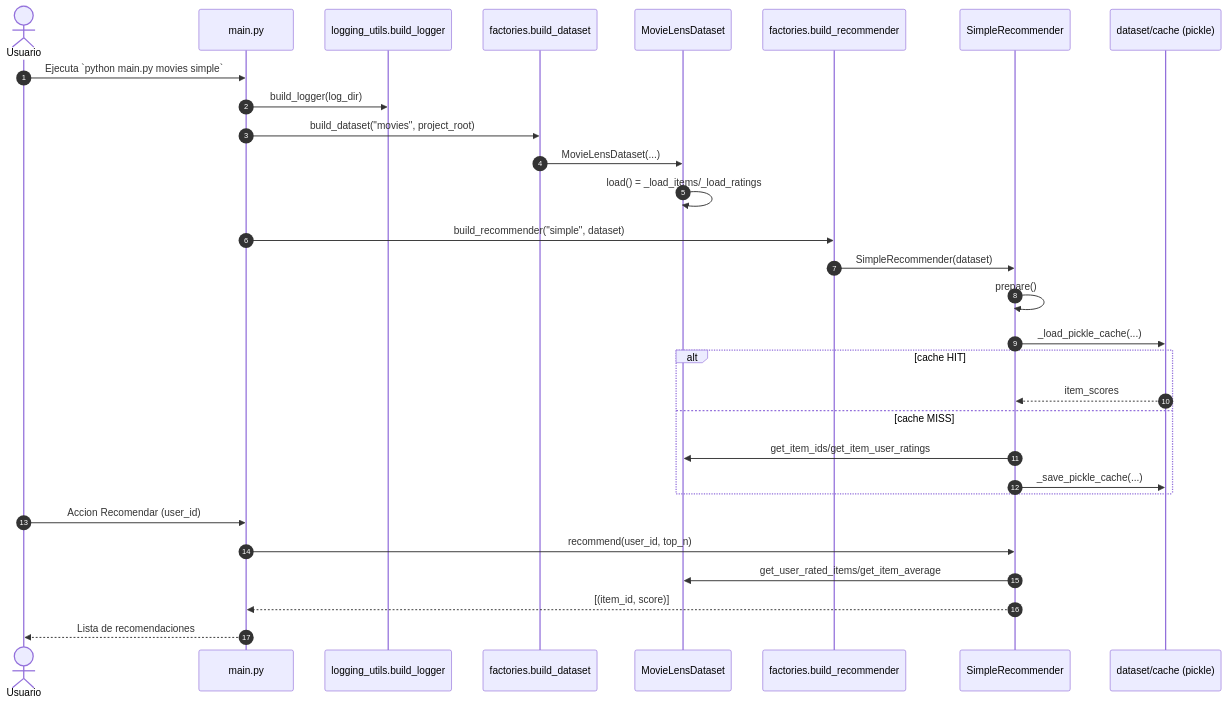
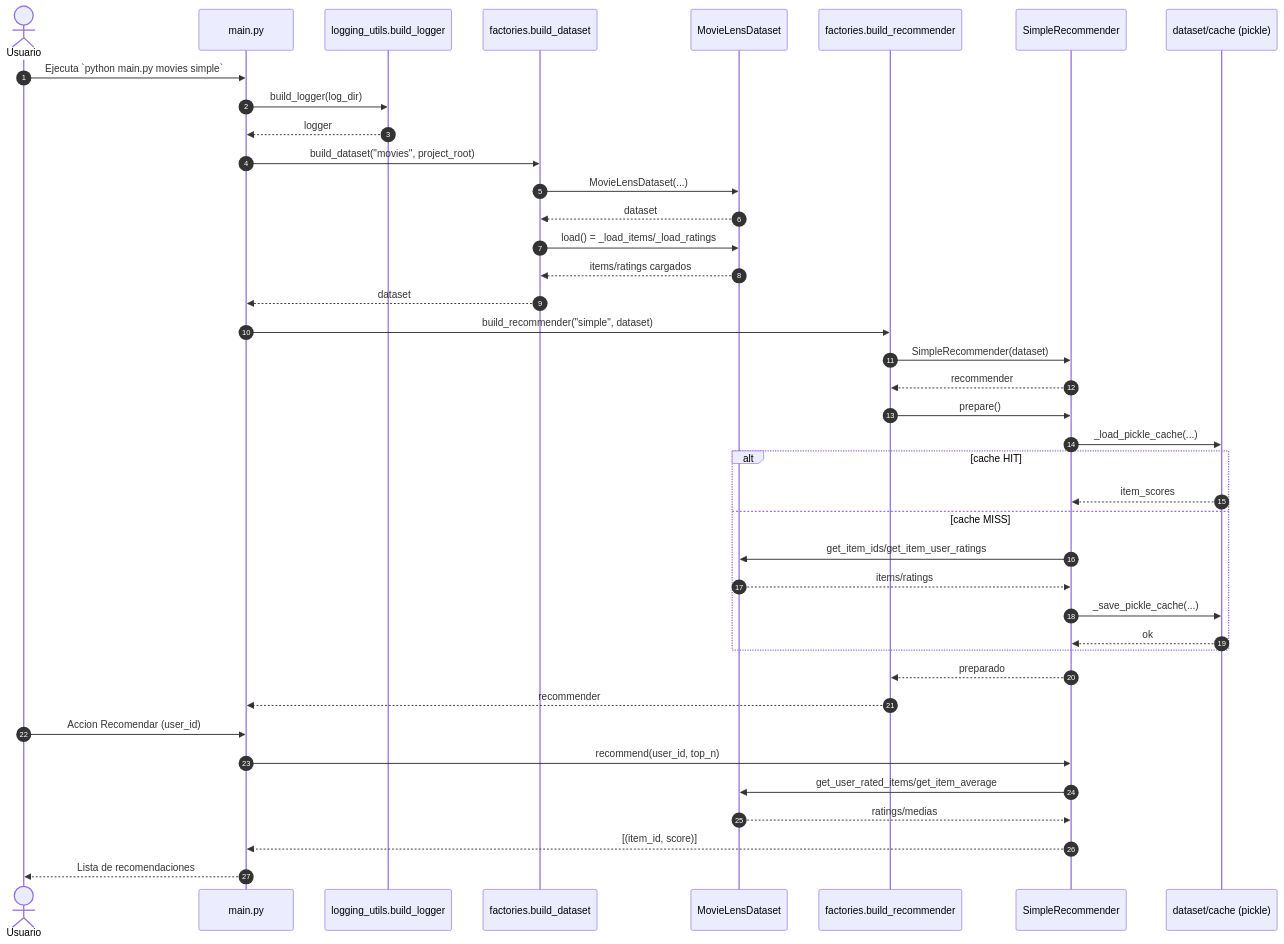
The fifth of 7 diagrams in README.md (Braisfabrega/modular-recommender), drawn with Mermaid before and after one commit. The commit also changed other lines of this file, not shown here.

Commit message:
fix: diagrama de secuancia 1

````diff
--- a/README.md
+++ b/README.md
@@ -269,33 +299,43 @@
 ```mermaid
 sequenceDiagram
   autonumber
   actor Usuario
   participant Main as main.py
   participant Logger as logging_utils.build_logger
   participant Factory as factories.build_dataset
   participant Dataset as MovieLensDataset
   participant RecFactory as factories.build_recommender
   participant Recommender as SimpleRecommender
   participant Cache as dataset/cache (pickle)
 
   Usuario->>Main: Ejecuta `python main.py movies simple`
   Main->>Logger: build_logger(log_dir)
+  Logger-->>Main: logger
   Main->>Factory: build_dataset("movies", project_root)
   Factory->>Dataset: MovieLensDataset(...)
-  Dataset->>Dataset: load() = _load_items/_load_ratings
+  Dataset-->>Factory: dataset
+  Factory->>Dataset: load() = _load_items/_load_ratings
+  Dataset-->>Factory: items/ratings cargados
+  Factory-->>Main: dataset
   Main->>RecFactory: build_recommender("simple", dataset)
   RecFactory->>Recommender: SimpleRecommender(dataset)
-  Recommender->>Recommender: prepare()
+  Recommender-->>RecFactory: recommender
+  RecFactory->>Recommender: prepare()
   Recommender->>Cache: _load_pickle_cache(...)
   alt cache HIT
     Cache-->>Recommender: item_scores
   else cache MISS
     Recommender->>Dataset: get_item_ids/get_item_user_ratings
+    Dataset-->>Recommender: items/ratings
     Recommender->>Cache: _save_pickle_cache(...)
+    Cache-->>Recommender: ok
   end
+  Recommender-->>RecFactory: preparado
+  RecFactory-->>Main: recommender
   Usuario->>Main: Accion Recomendar (user_id)
   Main->>Recommender: recommend(user_id, top_n)
   Recommender->>Dataset: get_user_rated_items/get_item_average
+  Dataset-->>Recommender: ratings/medias
   Recommender-->>Main: [(item_id, score)]
   Main-->>Usuario: Lista de recomendaciones
 ```
````
